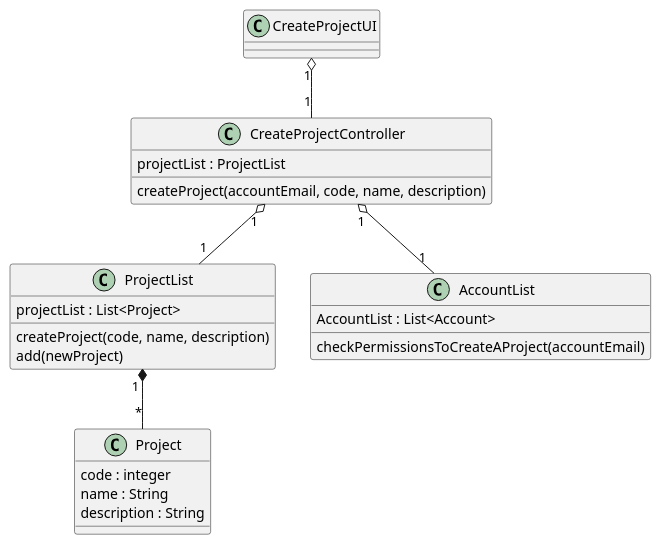
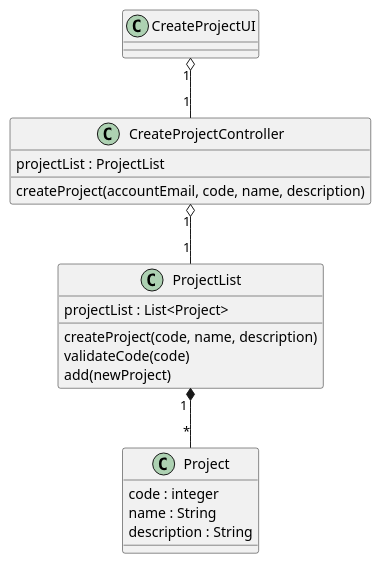
Before and after one commit to ivo-menezes/project_g3: the diagram in docs/modelling_design/user_stories/us010/US010_CreateProjectCD.puml, drawn with PlantUML.

Commit message:
US010 : Design : Add US010_CreateProjectCD

```diff
--- a/docs/modelling_design/user_stories/us010/US010_CreateProjectCD.puml
+++ b/docs/modelling_design/user_stories/us010/US010_CreateProjectCD.puml
@@ -1,34 +1,35 @@
 @startuml
 
 class CreateProjectUI {
 }
 
 class CreateProjectController {
 projectList : ProjectList
 createProject(accountEmail, code, name, description)
 }
 
 
 class ProjectList {
 projectList : List<Project>
 createProject(code, name, description)
+validateCode(code)
 add(newProject)
 }
 
-class AccountList {
-AccountList : List<Account>
-checkPermissionsToCreateAProject(accountEmail)
-}
+'class AccountList {
+'AccountList : List<Account>
+'checkPermissionsToCreateAProject(accountEmail)
+'}
 
 class Project {
 code : integer
 name : String
 description : String
 }
 
 CreateProjectUI "1" o--   "1" CreateProjectController
-CreateProjectController "1" o--   "1" AccountList
+'CreateProjectController "1" o--   "1" AccountList
 CreateProjectController "1" o-- "1" ProjectList
 ProjectList "1 " *-- "*" Project
 
 @enduml
```
